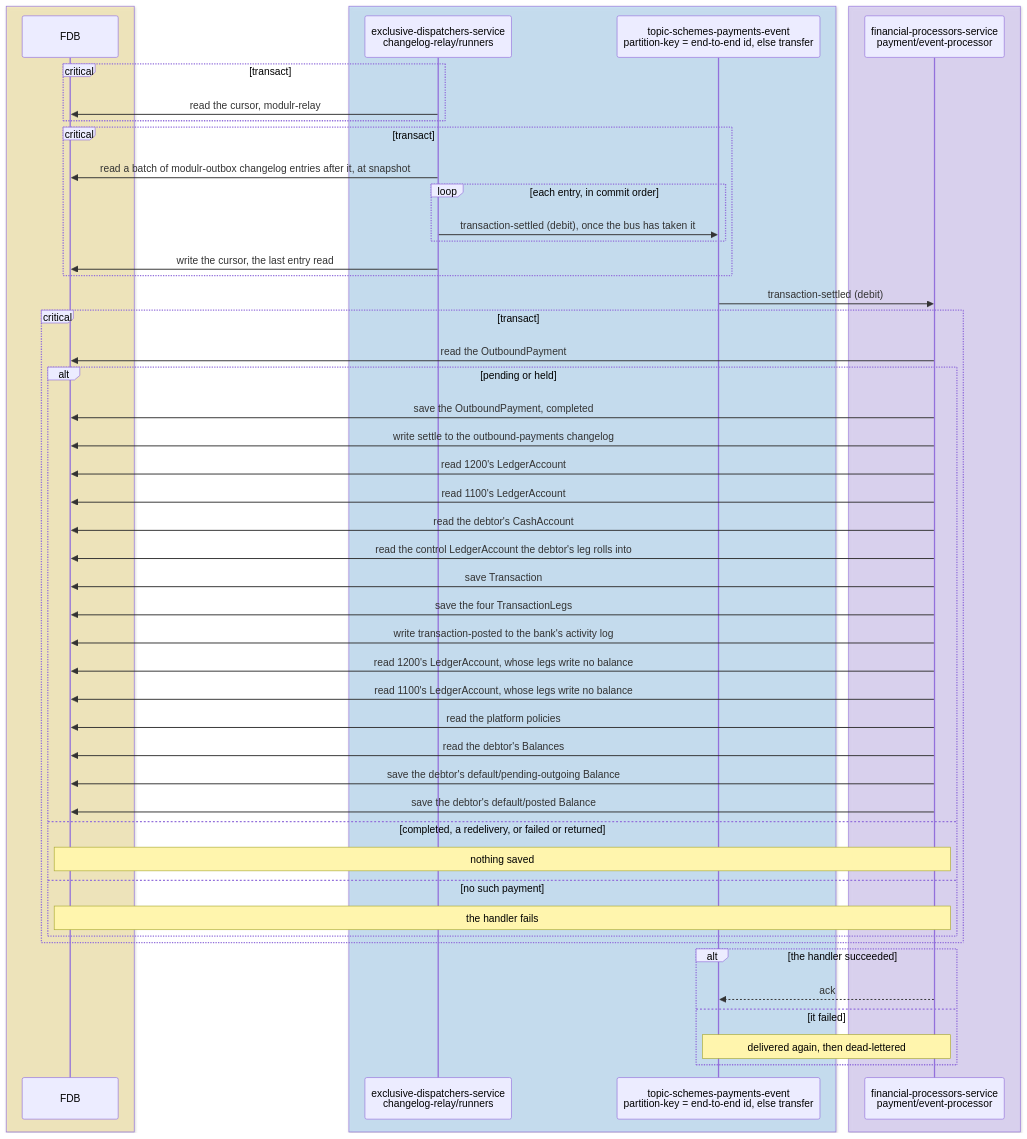
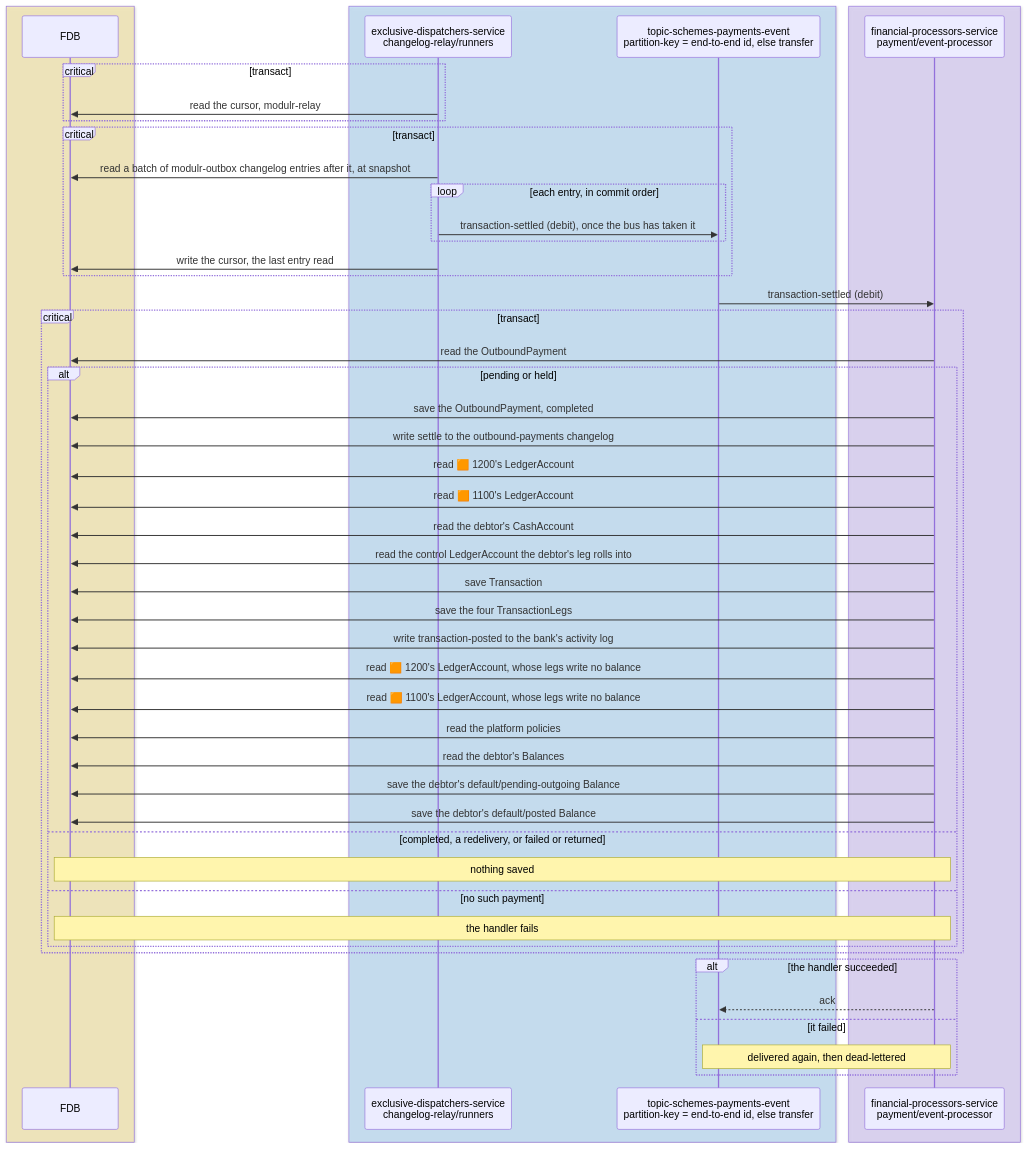
The ninth of 15 diagrams in docs/tdd/payments-outbound.md (repldriven/queenswood), drawn with Mermaid before and after one commit. The commit also changed other lines of this file and 2 other files, not shown here.

Commit message:
Mark each ledger account in the diagrams with its type's colour

````diff
--- a/docs/tdd/payments-outbound.md
+++ b/docs/tdd/payments-outbound.md
@@ -475,53 +477,53 @@
 ```mermaid
 sequenceDiagram
     box rgba(255, 236, 153, 0.5)
     participant DB as FDB
     end
     box rgba(165, 216, 255, 0.45)
     participant OR as exclusive-dispatchers-service<br/>changelog-relay/runners
     participant SE as topic-schemes-payments-event<br/>partition-key = end-to-end id, else transfer
     end
     box rgba(208, 191, 255, 0.45)
     participant PE as financial-processors-service<br/>payment/event-processor
     end
     critical transact
     OR->>DB: read the cursor, modulr-relay
     end
     critical transact
     OR->>DB: read a batch of modulr-outbox changelog entries after it, at snapshot
     loop each entry, in commit order
     OR->>SE: transaction-settled (debit), once the bus has taken it
     end
     OR->>DB: write the cursor, the last entry read
     end
     SE->>PE: transaction-settled (debit)
     critical transact
     PE->>DB: read the OutboundPayment
     alt pending or held
     PE->>DB: save the OutboundPayment, completed
     PE->>DB: write settle to the outbound-payments changelog
-    PE->>DB: read 1200's LedgerAccount
-    PE->>DB: read 1100's LedgerAccount
+    PE->>DB: read 🟧 1200's LedgerAccount
+    PE->>DB: read 🟧 1100's LedgerAccount
     PE->>DB: read the debtor's CashAccount
     PE->>DB: read the control LedgerAccount the debtor's leg rolls into
     PE->>DB: save Transaction
     PE->>DB: save the four TransactionLegs
     PE->>DB: write transaction-posted to the bank's activity log
-    PE->>DB: read 1200's LedgerAccount, whose legs write no balance
-    PE->>DB: read 1100's LedgerAccount, whose legs write no balance
+    PE->>DB: read 🟧 1200's LedgerAccount, whose legs write no balance
+    PE->>DB: read 🟧 1100's LedgerAccount, whose legs write no balance
     PE->>DB: read the platform policies
     PE->>DB: read the debtor's Balances
     PE->>DB: save the debtor's default/pending-outgoing Balance
     PE->>DB: save the debtor's default/posted Balance
     else completed, a redelivery, or failed or returned
     Note over PE,DB: nothing saved
     else no such payment
     Note over PE,DB: the handler fails
     end
     end
     alt the handler succeeded
     PE-->>SE: ack
     else it failed
     Note over PE,SE: delivered again, then dead-lettered
     end
 ```
````
